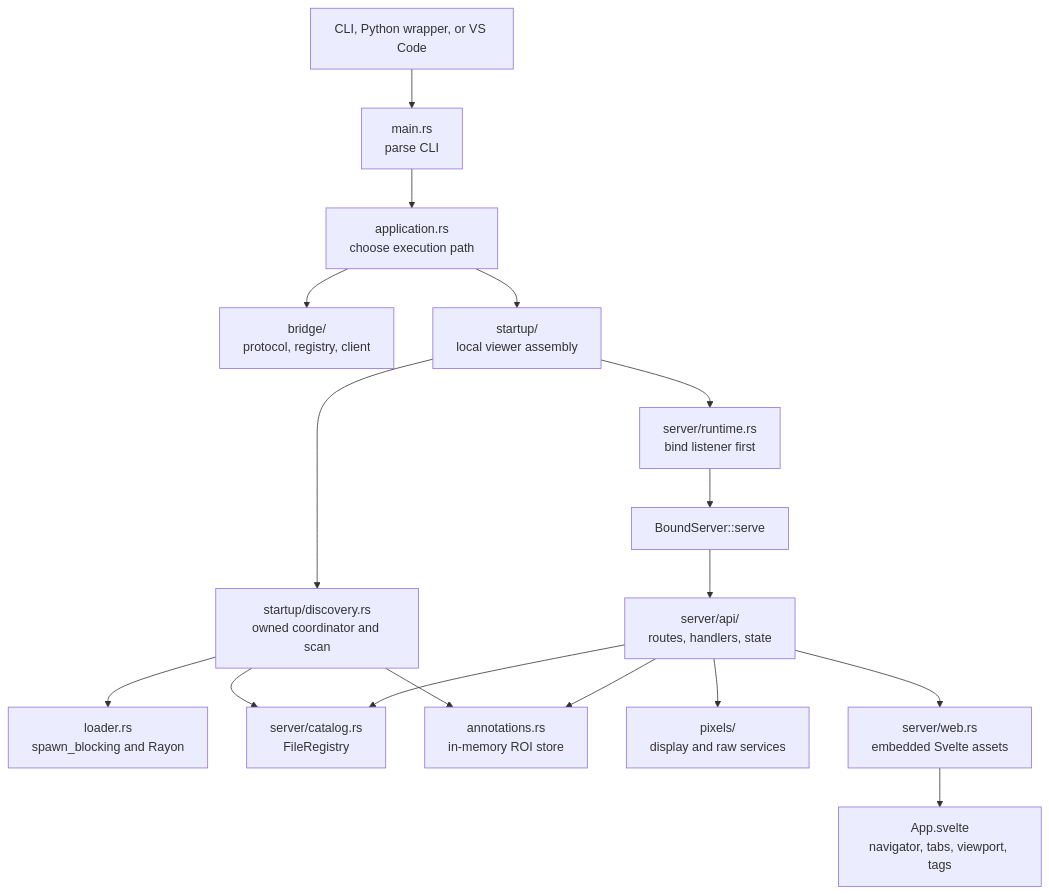
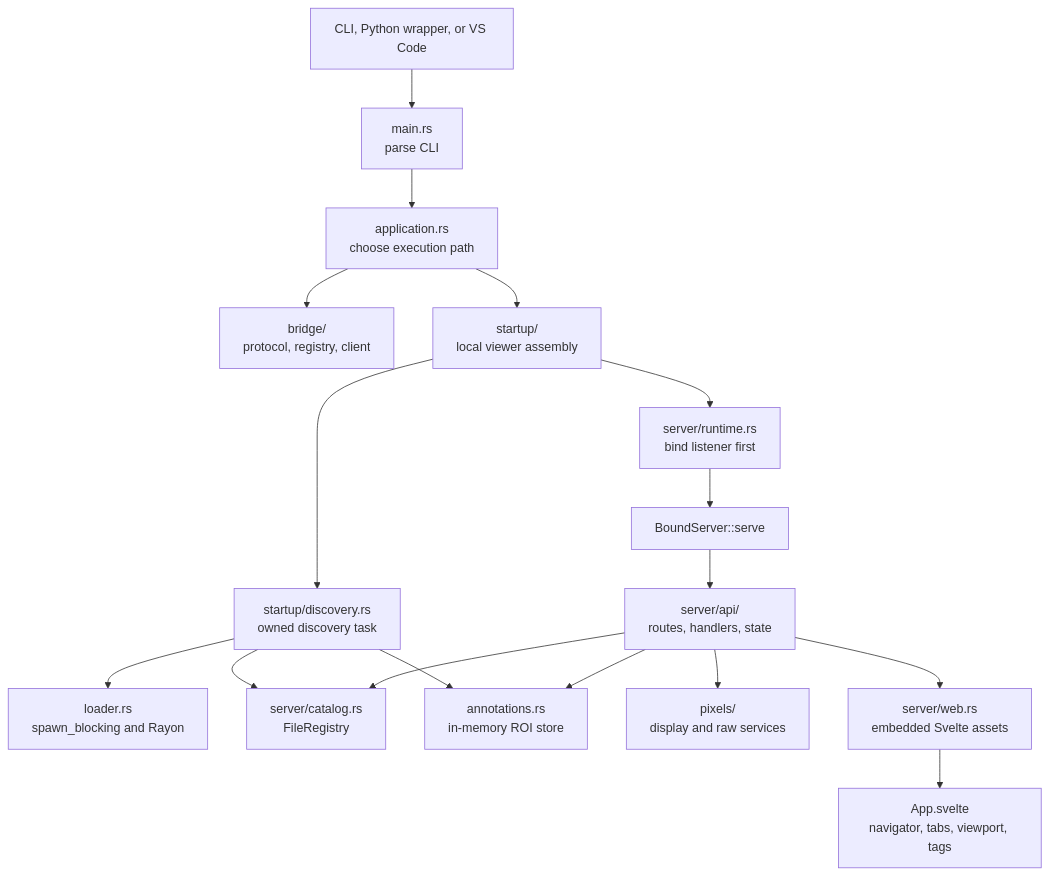
The first of 4 diagrams in docs/architecture.md (dcmview/dcmview), drawn with Mermaid before and after one commit. The commit also changed other lines of this file and 5 other files, not shown here.

````diff
--- a/docs/architecture.md
+++ b/docs/architecture.md
@@ -38,19 +38,19 @@
 ```mermaid
 flowchart TD
     launch["CLI, Python wrapper, or VS Code"] --> main["main.rs<br/>parse CLI"]
     main --> app["application.rs<br/>choose execution path"]
     app --> bridge["bridge/<br/>protocol, registry, client"]
     app --> startup["startup/<br/>local viewer assembly"]
     startup --> bind["server/runtime.rs<br/>bind listener first"]
-    startup --> discovery["startup/discovery.rs<br/>owned coordinator and scan"]
+    startup --> discovery["startup/discovery.rs<br/>owned discovery task"]
     discovery --> loader["loader.rs<br/>spawn_blocking and Rayon"]
     discovery --> registry["server/catalog.rs<br/>FileRegistry"]
     discovery --> annotations["annotations.rs<br/>in-memory ROI store"]
     bind --> runtime["BoundServer::serve"]
     runtime --> router["server/api/<br/>routes, handlers, state"]
     router --> pixels["pixels/<br/>display and raw services"]
     router --> registry
     router --> annotations
     router --> web["server/web.rs<br/>embedded Svelte assets"]
     web --> ui["App.svelte<br/>navigator, tabs, viewport, tags"]
 ```
````
